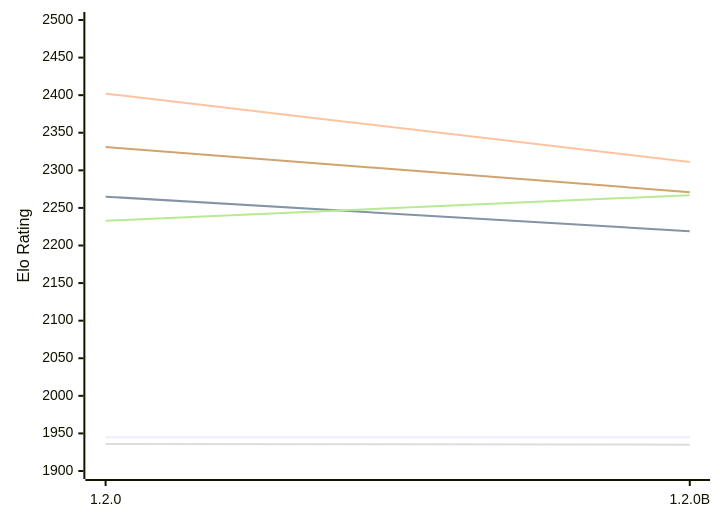
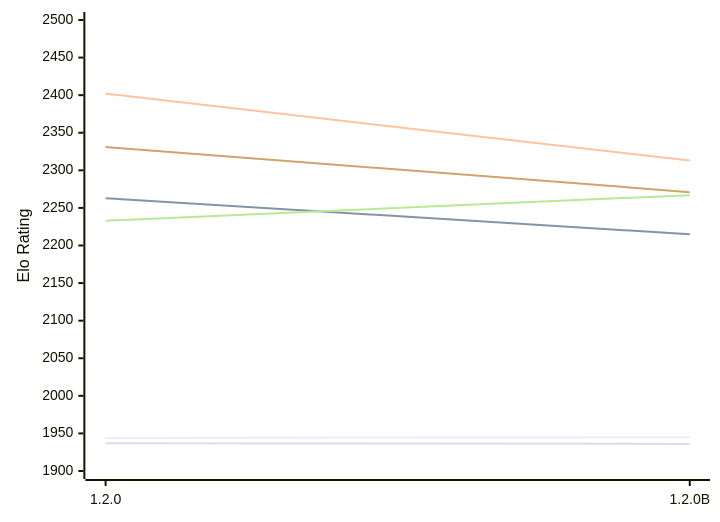
One commit to computer-chess-index/cci changed the first of 2 diagrams in engines/Soomi.md. Above: the diagram before and after it, drawn with Mermaid. The commit also changed other lines of this file, not shown here.

Commit message:
Update CCI Ratings (ELO VLTC) - 2026-11-27

````diff
--- a/engines/Soomi.md
+++ b/engines/Soomi.md
@@ -53,12 +53,12 @@
 ```mermaid
 %%{init: {"theme":"base","themeVariables":{"seriesColors:['#a3a3a3','#222221','#faa371']}}}%%
 xychart-beta
   x-axis ["1.2.0", "1.2.0B"]
   y-axis "Elo Rating" 1900 --> 2500
-  line "E1: STC (8.0+0.08s)" [1945, 1945]
-  line "E1: LTC (60.0+0.60s)" [2265, 2219]
-  line "E1: VLTC (2m24s+1.12s)" [2402, 2311]
-  line "P1: STC (8.0+0.08s)" [1936, 1935]
+  line "E1: STC (8.0+0.08s)" [1944, 1945]
+  line "E1: LTC (60.0+0.60s)" [2263, 2215]
+  line "E1: VLTC (2m24s+1.12s)" [2402, 2313]
+  line "P1: STC (8.0+0.08s)" [1937, 1936]
   line "P1: LTC (60.0+0.60s)" [2233, 2267]
   line "P1: VLTC (2m24s+1.12s)" [2331, 2271]
 ```
````
